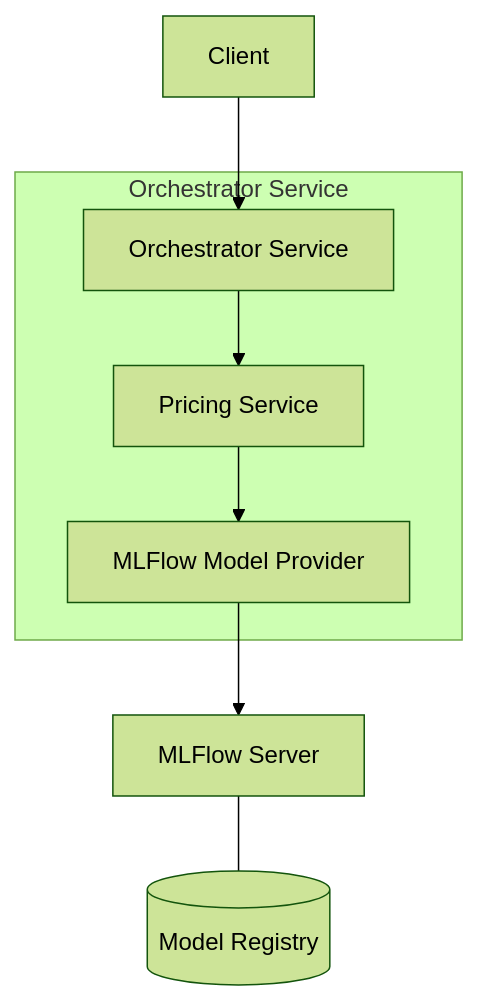
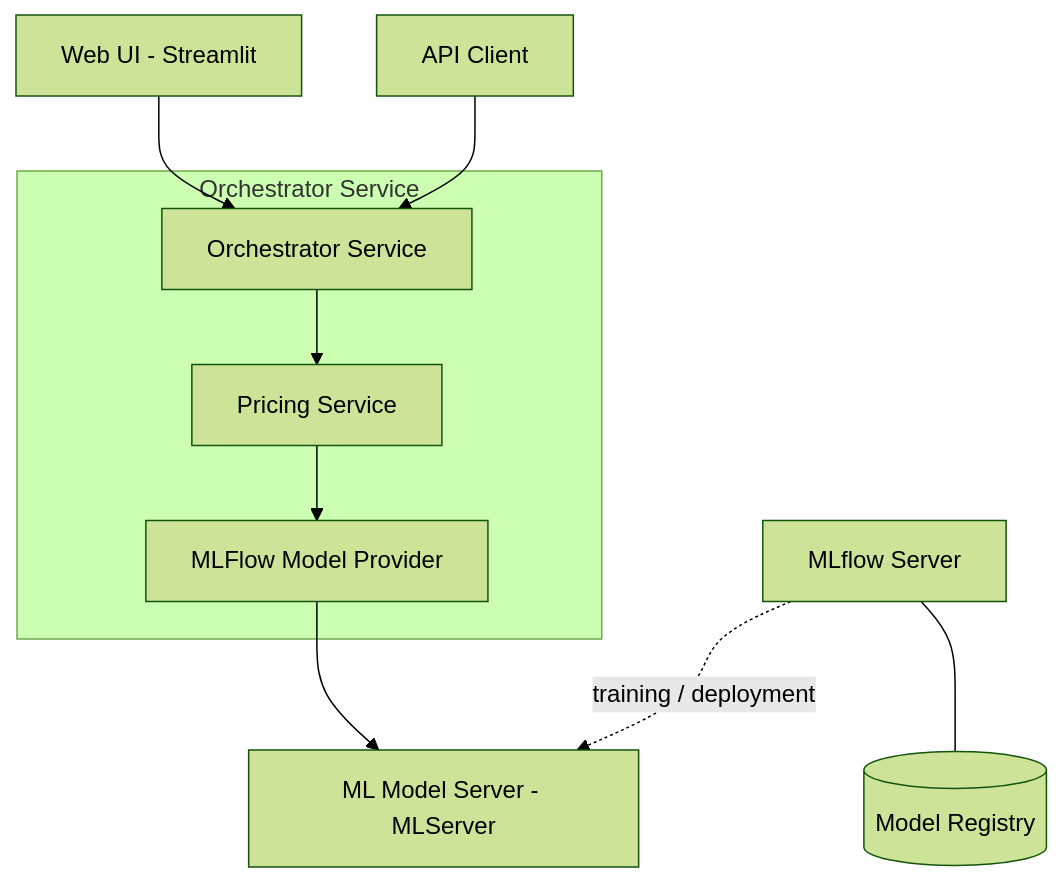
Before and after one commit to DataDelver/modern-ml-microservices: the diagram in README.md, drawn with Mermaid (forest theme). The commit also changed other lines of this file and 23 other files, not shown here.

First line of the commit message:
Add housing-price-ui Streamlit web service

````diff
--- a/README.md
+++ b/README.md
@@ -9,10 +9,12 @@
 ```mermaid
 graph TD
-    Client[Client] --> Orchestrator[Orchestrator Service]
+    UI[Web UI - Streamlit] --> Orchestrator[Orchestrator Service]
+    Client[API Client] --> Orchestrator
     subgraph "Orchestrator Service"
-        Orchestrator --> Service[Pricing Service]
-        Service --> Provider[MLFlow Model Provider]
+        Orchestrator --> PricingService[Pricing Service]
+        PricingService --> Provider[MLFlow Model Provider]
     end
-    Provider --> MLFlow[MLFlow Server]
-    MLFlow --- Models[(Model Registry)]
+    Provider --> ModelServer[ML Model Server - MLServer]
+    MLFlowServer[MLflow Server] --- ModelRegistry[(Model Registry)]
+    MLFlowServer -.->|"training / deployment"| ModelServer
 ```
````
